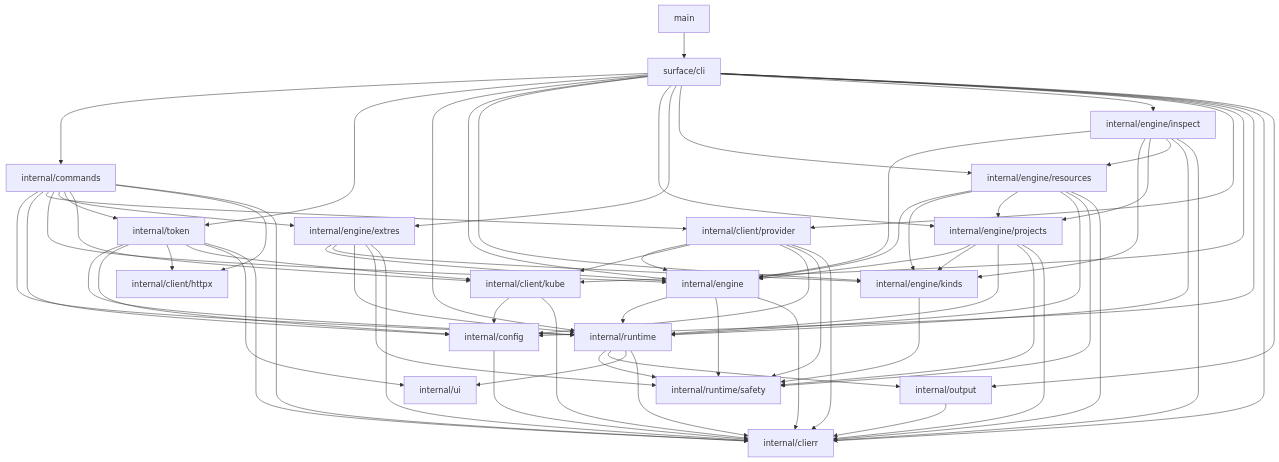
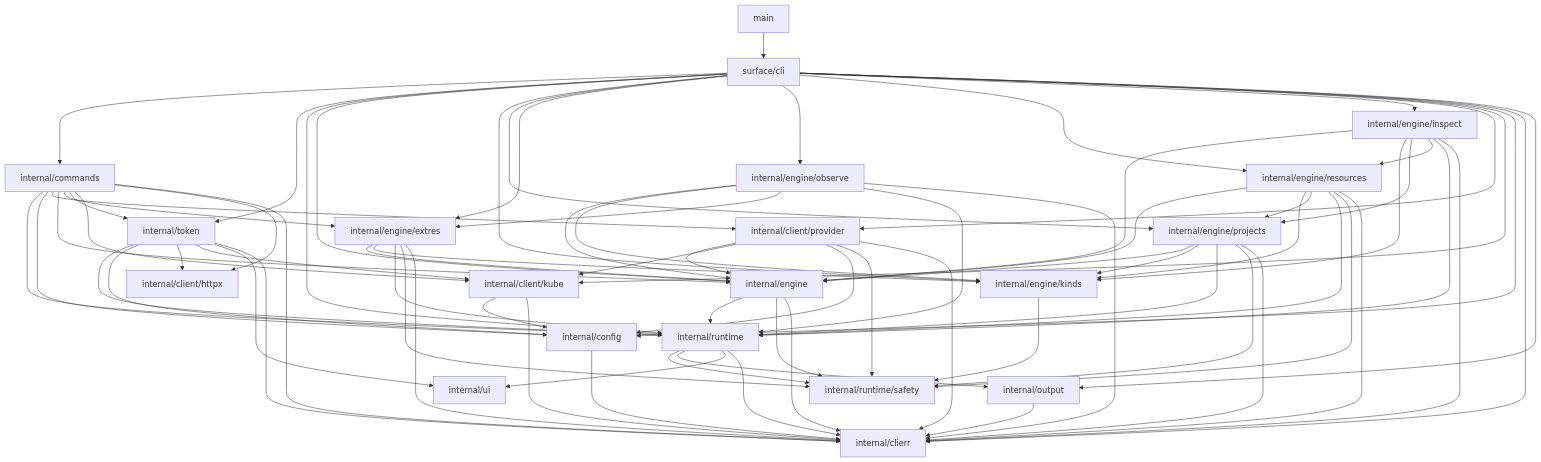
One commit to rancher/rancher-cli changed the diagram in ARCHITECTURE.md. Above: the diagram before and after it, drawn with Mermaid. The commit also changed other lines of this file and 10 other files, not shown here.

```diff
--- a/ARCHITECTURE.md
+++ b/ARCHITECTURE.md
@@ -79,6 +80,7 @@
     inspect["internal/engine/inspect"]
     projects["internal/engine/projects"]
     extres["internal/engine/extres"]
+    observe["internal/engine/observe"]
     config["internal/config"]
     provider["internal/client/provider"]
     kube["internal/client/kube"]
@@ -96,6 +98,7 @@
     cli --> kinds
     cli --> projects
     cli --> extres
+    cli --> observe
     cli --> resources
     cli --> inspect
     cli --> provider
@@ -158,6 +161,12 @@
     extres --> safety
     extres --> clierr
 
+    observe --> engine
+    observe --> kinds
+    observe --> extres
+    observe --> runtime
+    observe --> clierr
+
     provider --> engine
     provider --> kube
     provider --> config
```
